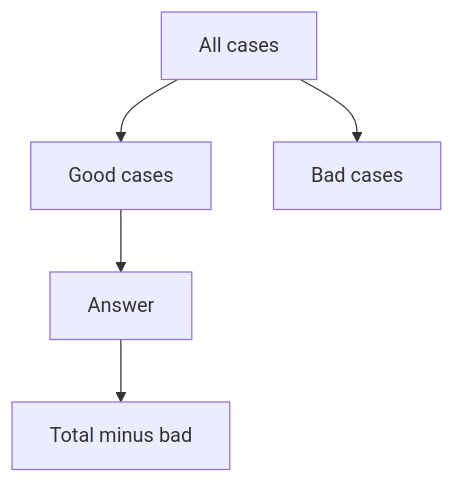
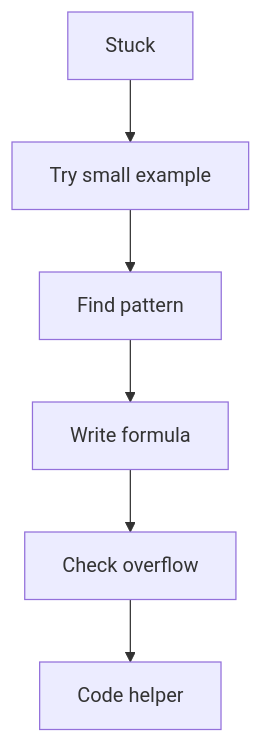
Before and after one commit to mthaiseer/springcloud-systemdesign-notes: diagram 14 of 14 in CP_DSA_NOTES/000_MATH/cp_dsa_math_visual_reference.md, drawn with Mermaid. The commit also changed other lines of this file, not shown here.

````diff
--- a/CP_DSA_NOTES/000_MATH/cp_dsa_math_visual_reference.md
+++ b/CP_DSA_NOTES/000_MATH/cp_dsa_math_visual_reference.md
@@ -629,7 +890,8 @@
 ```mermaid
 flowchart TD
-    A[All cases] --> B[Good cases]
-    A --> C[Bad cases]
-    B --> D[Answer]
-    D --> E[Total minus bad]
+    A[Stuck] --> B[Try small example]
+    B --> C[Find pattern]
+    C --> D[Write formula]
+    D --> E[Check overflow]
+    E --> F[Code helper]
 ```
````
